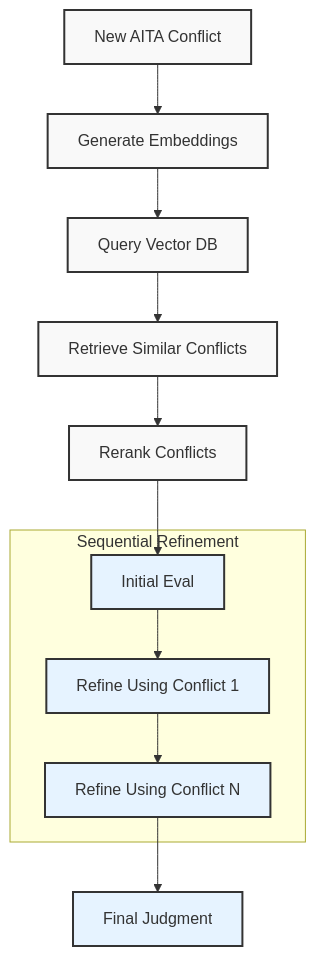
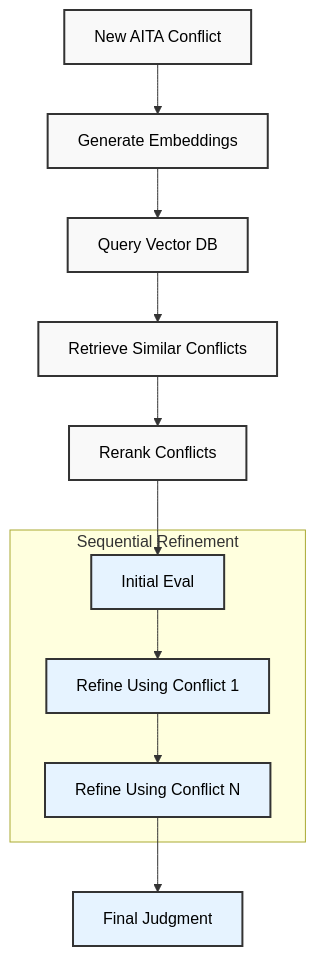
One commit to MattBoraske/AITA-Judge changed the diagram in README.md. Above: the diagram before and after it, drawn with Mermaid.

````diff
--- a/README.md
+++ b/README.md
@@ -24,21 +24,21 @@
 ```mermaid
 graph TD
     A[New AITA Conflict] --> B[Generate Embeddings]
     B --> C[Query Vector DB]
     C --> D[Retrieve Similar Conflicts]
     D --> E[Rerank Conflicts]
     E --> F[Initial Eval]
     
 
     subgraph "Sequential Refinement"
         F --> G[Refine Using Conflict 1]
         G --> H[Refine Using Conflict N]
     end
     
     H --> J[Final Judgment]
 
     %% Style definitions
-    classDef default fill:#f9f9f9,stroke:#333,stroke-width:2px;
-    classDef refinement fill:#e6f3ff,stroke:#333,stroke-width:2px;
+    classDef default fill:#f9f9f9,stroke:#333,stroke-width:2px,color:black;
+    classDef refinement fill:#e6f3ff,stroke:#333,stroke-width:2px,color:black;
     class F,G,H,I,J refinement;
 ```
````
